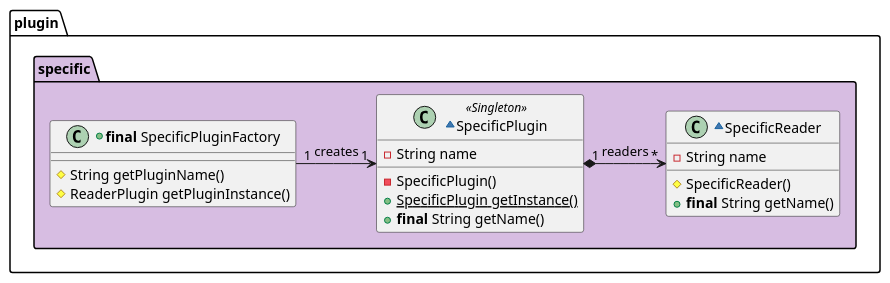
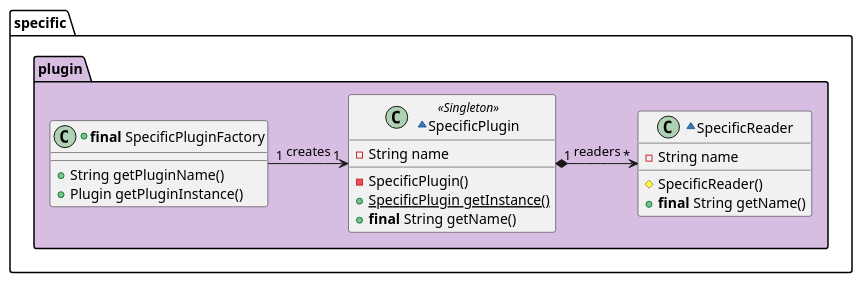
One commit to calypsonet/keyple changed the ninth of 20 diagrams in src/KeypleCoreApi/puml/KeypleCore_Reader_ClassDiag_ClassElements.iuml. Above: the diagram before and after it, drawn with PlantUML. The commit also changed other lines of this file and 34 other files, not shown here.

```diff
--- a/src/KeypleCoreApi/puml/KeypleCore_Reader_ClassDiag_ClassElements.iuml
+++ b/src/KeypleCoreApi/puml/KeypleCore_Reader_ClassDiag_ClassElements.iuml
@@ -104,25 +98,25 @@
 @startuml(id=READER_SPECIFICPLUGIN_1_0_0)
-package plugin.specific #D7BDE2 {
+package specific.plugin #D7BDE2 {
   +class "<b>final</b> SpecificPluginFactory" as SpecificPluginFactory {
-    #String getPluginName()
-    #ReaderPlugin getPluginInstance()
+    +String getPluginName()
+    +Plugin getPluginInstance()
   }
 
   ~class SpecificPlugin << Singleton >> {
     -String name
     -SpecificPlugin()
     +{static} SpecificPlugin getInstance()
     +<b>final</b> String getName()
 '    +<b>final</b> List<SpecificReader> getReaders()
   }
 
   ~class SpecificReader {
     -String name
     #SpecificReader()
     +<b>final</b> String getName()
   }
 
   SpecificPluginFactory "1" -right-> "1" SpecificPlugin : creates
   SpecificPlugin "1" *-right-> "*" SpecificReader : readers
 }
 @enduml
```
